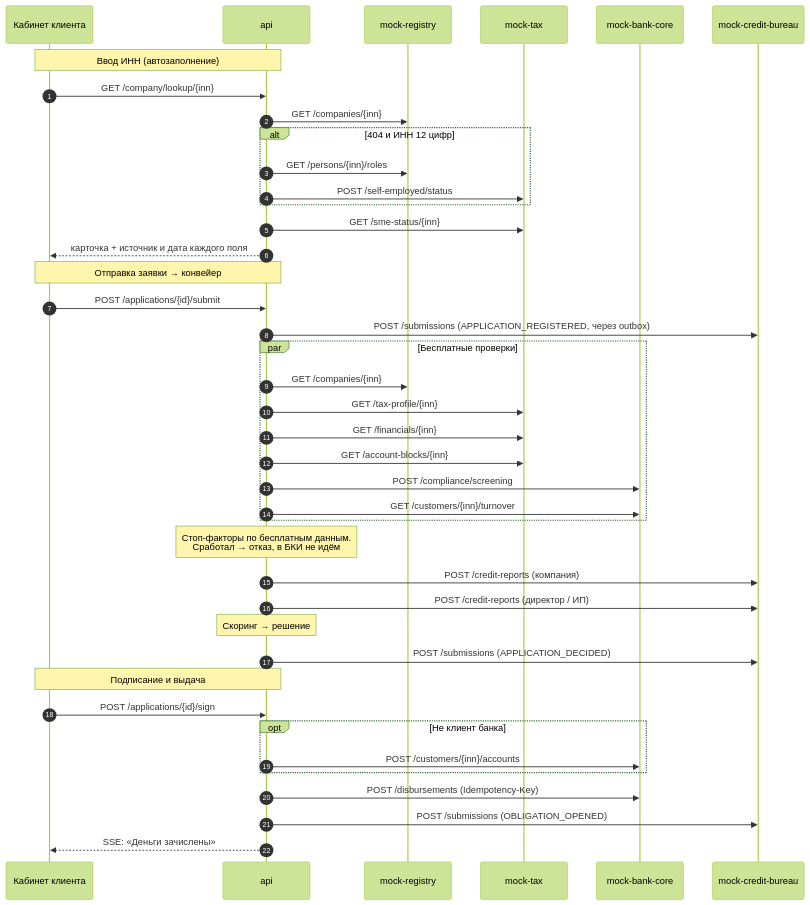
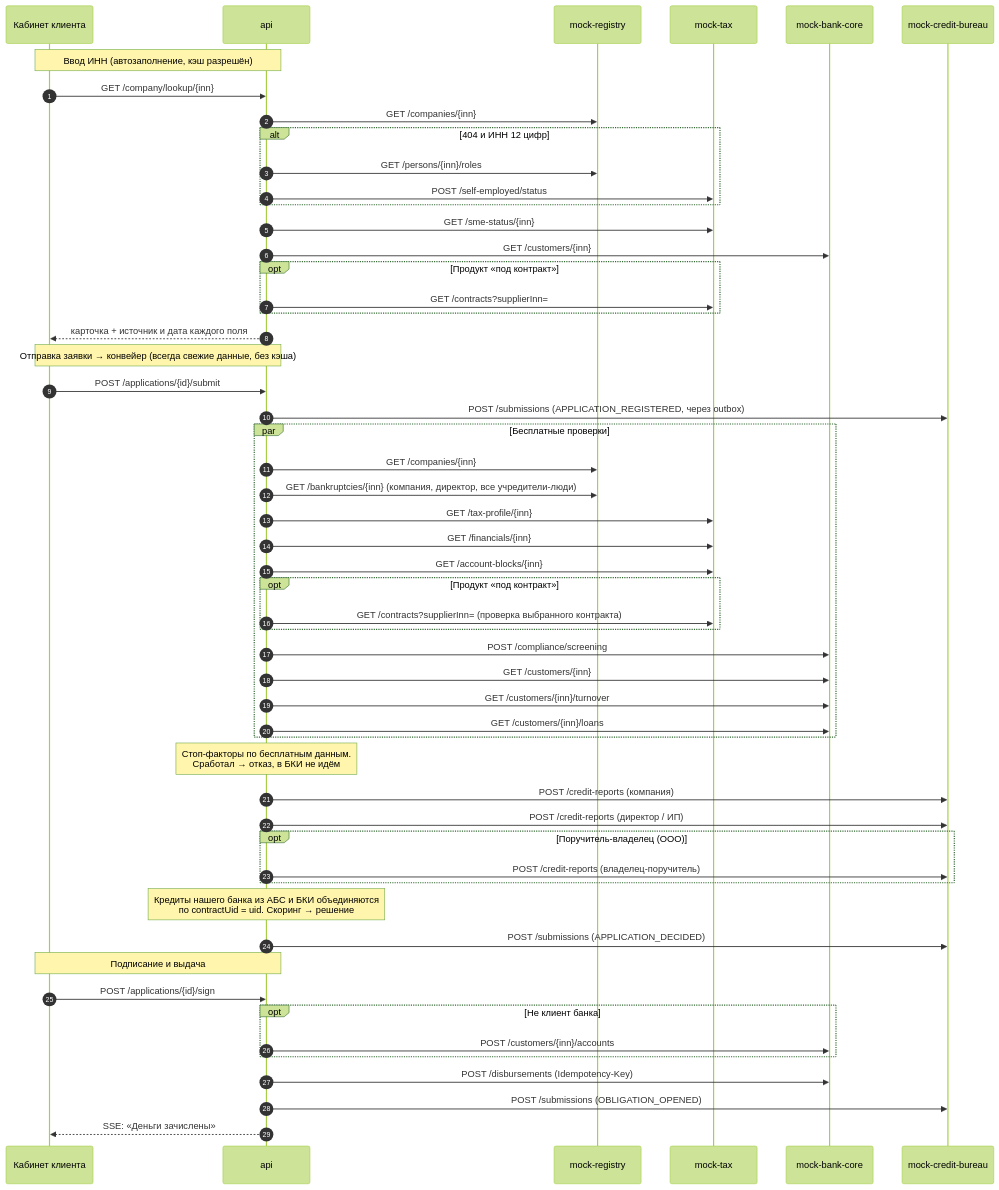
The diagram in docs/specs/mocks.md (kirillmitlow/smart-credit-cabinet), drawn with Mermaid (forest theme) before and after one commit. The commit also changed other lines of this file and 5 other files, not shown here.

````diff
--- a/docs/specs/mocks.md
+++ b/docs/specs/mocks.md
@@ -1122,46 +1558,59 @@
 ```mermaid
 sequenceDiagram
     autonumber
     participant UI as Кабинет клиента
     participant API as api
     participant REG as mock-registry
     participant TAX as mock-tax
     participant ABS as mock-bank-core
     participant BKI as mock-credit-bureau
 
-    Note over UI,API: Ввод ИНН (автозаполнение)
+    Note over UI,API: Ввод ИНН (автозаполнение, кэш разрешён)
     UI->>API: GET /company/lookup/{inn}
     API->>REG: GET /companies/{inn}
     alt 404 и ИНН 12 цифр
         API->>REG: GET /persons/{inn}/roles
         API->>TAX: POST /self-employed/status
     end
     API->>TAX: GET /sme-status/{inn}
+    API->>ABS: GET /customers/{inn}
+    opt Продукт «под контракт»
+        API->>TAX: GET /contracts?supplierInn=
+    end
     API-->>UI: карточка + источник и дата каждого поля
 
-    Note over UI,API: Отправка заявки → конвейер
+    Note over UI,API: Отправка заявки → конвейер (всегда свежие данные, без кэша)
     UI->>API: POST /applications/{id}/submit
     API->>BKI: POST /submissions (APPLICATION_REGISTERED, через outbox)
     par Бесплатные проверки
         API->>REG: GET /companies/{inn}
+        API->>REG: GET /bankruptcies/{inn} (компания, директор, все учредители-люди)
         API->>TAX: GET /tax-profile/{inn}
         API->>TAX: GET /financials/{inn}
         API->>TAX: GET /account-blocks/{inn}
+        opt Продукт «под контракт»
+            API->>TAX: GET /contracts?supplierInn= (проверка выбранного контракта)
+        end
         API->>ABS: POST /compliance/screening
+        API->>ABS: GET /customers/{inn}
         API->>ABS: GET /customers/{inn}/turnover
+        API->>ABS: GET /customers/{inn}/loans
     end
     Note over API: Стоп-факторы по бесплатным данным.<br/>Сработал → отказ, в БКИ не идём
     API->>BKI: POST /credit-reports (компания)
     API->>BKI: POST /credit-reports (директор / ИП)
-    Note over API: Скоринг → решение
+    opt Поручитель-владелец (ООО)
+        API->>BKI: POST /credit-reports (владелец-поручитель)
+    end
+    Note over API: Кредиты нашего банка из АБС и БКИ объединяются<br/>по contractUid = uid. Скоринг → решение
     API->>BKI: POST /submissions (APPLICATION_DECIDED)
 
     Note over UI,API: Подписание и выдача
     UI->>API: POST /applications/{id}/sign
     opt Не клиент банка
         API->>ABS: POST /customers/{inn}/accounts
     end
     API->>ABS: POST /disbursements (Idempotency-Key)
     API->>BKI: POST /submissions (OBLIGATION_OPENED)
     API-->>UI: SSE: «Деньги зачислены»
 ```
````
